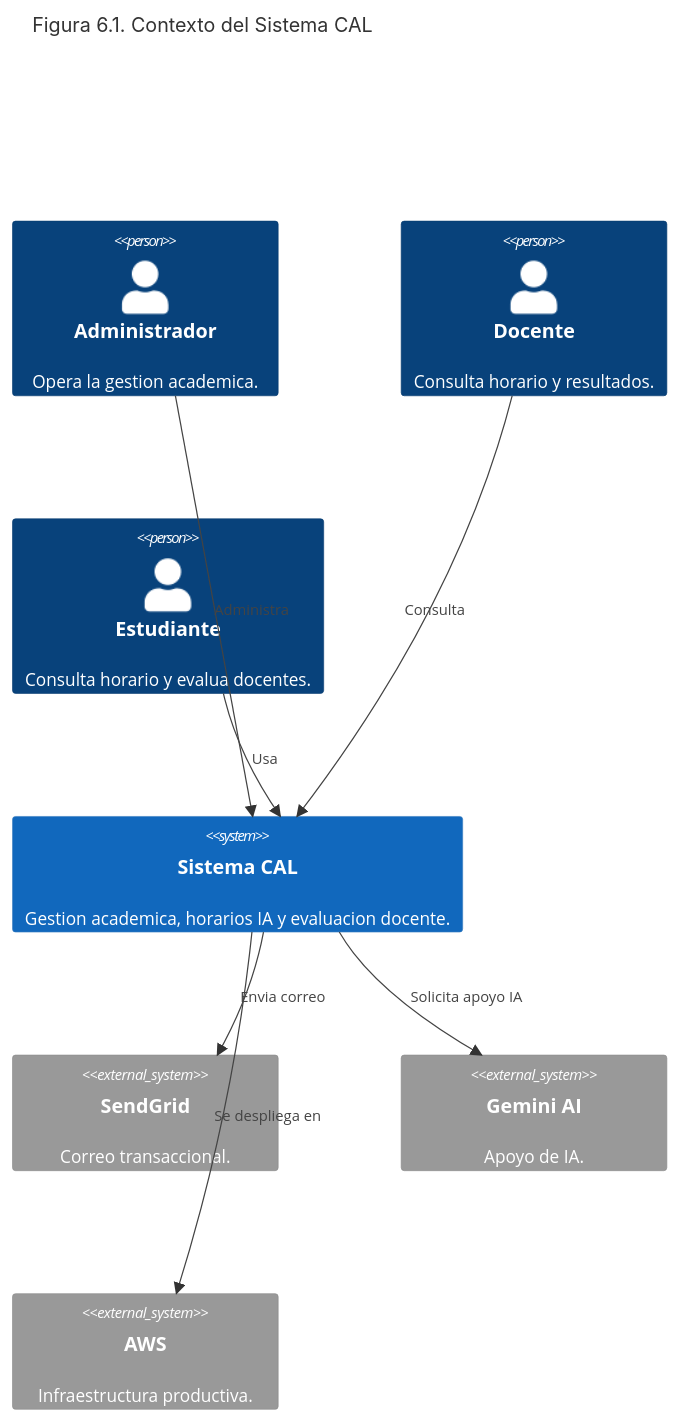
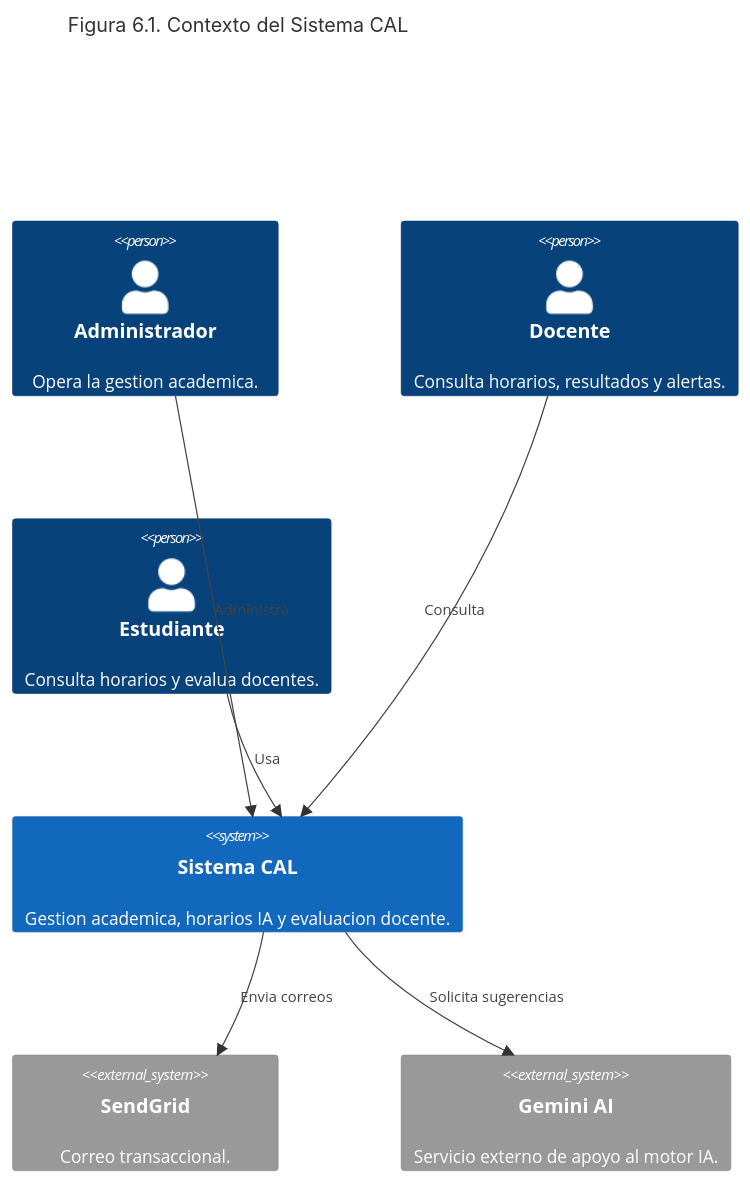
Before and after one commit to Proyecto-grado-ucc/proyectoGrado-server: the diagram in docs/diagramas/01_c4_contexto_sistema.mmd, drawn with Mermaid. The commit also changed 34 other files, not shown here.

Commit message:
docs: refine architecture diagrams

```diff
--- a/docs/diagramas/01_c4_contexto_sistema.mmd
+++ b/docs/diagramas/01_c4_contexto_sistema.mmd
@@ -1,21 +1,19 @@
 C4Context
 title Figura 6.1. Contexto del Sistema CAL
 
 Person(admin, "Administrador", "Opera la gestion academica.")
-Person(docente, "Docente", "Consulta horario y resultados.")
-Person(estudiante, "Estudiante", "Consulta horario y evalua docentes.")
+Person(docente, "Docente", "Consulta horarios, resultados y alertas.")
+Person(estudiante, "Estudiante", "Consulta horarios y evalua docentes.")
 
 System(cal, "Sistema CAL", "Gestion academica, horarios IA y evaluacion docente.")
 
 System_Ext(sendgrid, "SendGrid", "Correo transaccional.")
-System_Ext(gemini, "Gemini AI", "Apoyo de IA.")
-System_Ext(aws, "AWS", "Infraestructura productiva.")
+System_Ext(gemini, "Gemini AI", "Servicio externo de apoyo al motor IA.")
 
 Rel(admin, cal, "Administra")
 Rel(docente, cal, "Consulta")
 Rel(estudiante, cal, "Usa")
-Rel(cal, sendgrid, "Envia correo")
-Rel(cal, gemini, "Solicita apoyo IA")
-Rel(cal, aws, "Se despliega en")
+Rel(cal, sendgrid, "Envia correos")
+Rel(cal, gemini, "Solicita sugerencias")
 
 UpdateLayoutConfig($c4ShapeInRow="2", $c4BoundaryInRow="1")
```
